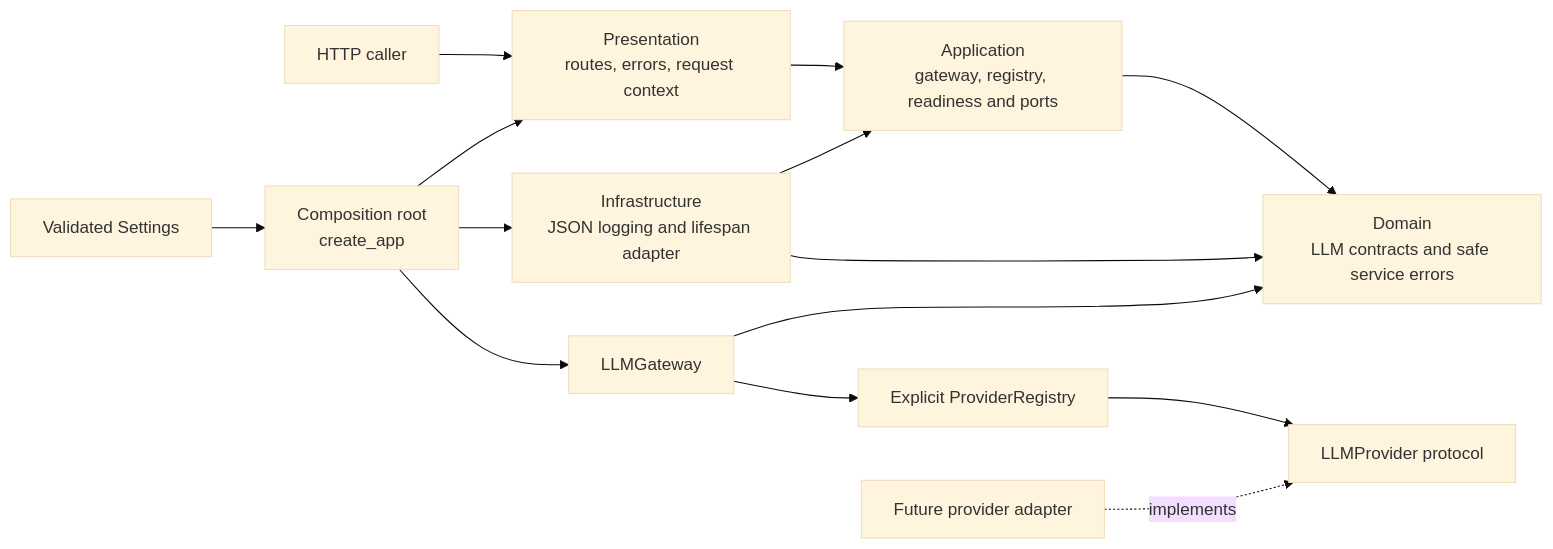
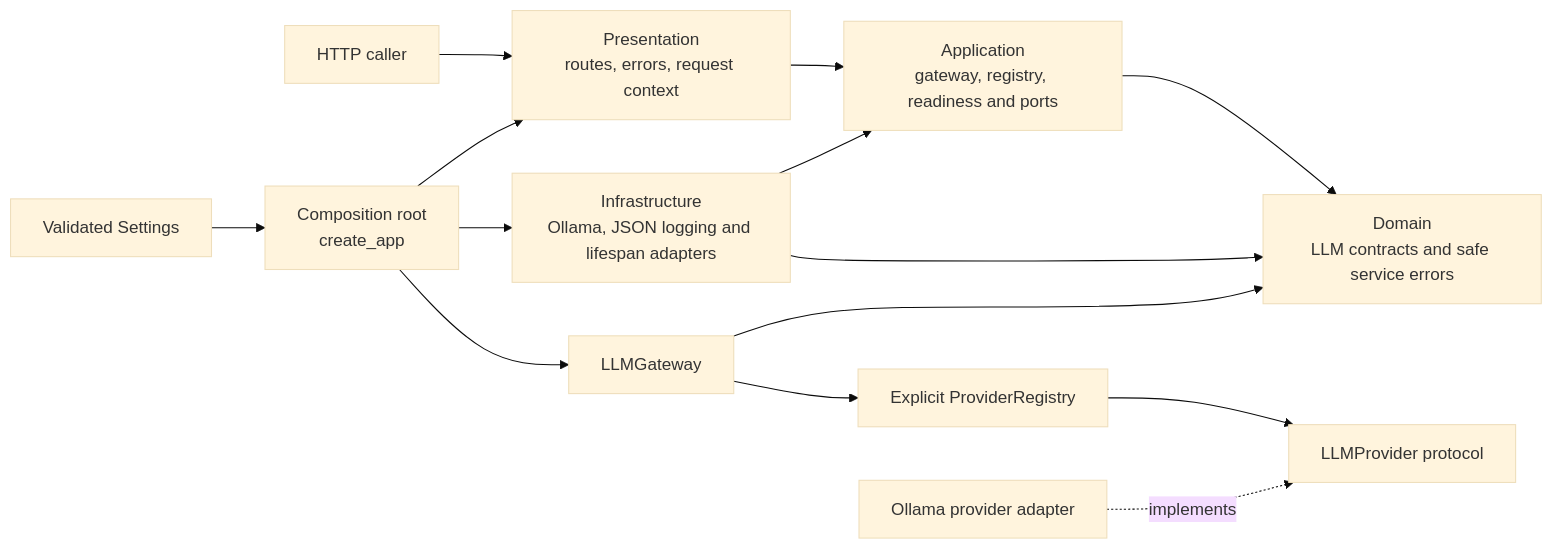
One commit to hodumaitran/mm-ai-platform changed the diagram in docs/architecture/ai-service-architecture.md. Above: the diagram before and after it, drawn with Mermaid (base theme). The commit also changed other lines of this file and 21 other files, not shown here.

Commit message:
feat(ai-service): integrate ollama provider and validate local inference

````diff
--- a/docs/architecture/ai-service-architecture.md
+++ b/docs/architecture/ai-service-architecture.md
@@ -11,16 +11,16 @@
 ```mermaid
 flowchart LR
   U[HTTP caller] --> P[Presentation<br/>routes, errors, request context]
   P --> A[Application<br/>gateway, registry, readiness and ports]
   A --> D[Domain<br/>LLM contracts and safe service errors]
-  I[Infrastructure<br/>JSON logging and lifespan adapter] --> A
+  I[Infrastructure<br/>Ollama, JSON logging and lifespan adapters] --> A
   I --> D
   C[Composition root<br/>create_app] --> P
   C --> I
   C --> G[LLMGateway]
   CFG[Validated Settings] --> C
   G --> R[Explicit ProviderRegistry]
   G --> D
   R --> PORT[LLMProvider protocol]
-  FUTURE[Future provider adapter] -. implements .-> PORT
+  O[Ollama provider adapter] -. implements .-> PORT
 ```
````
